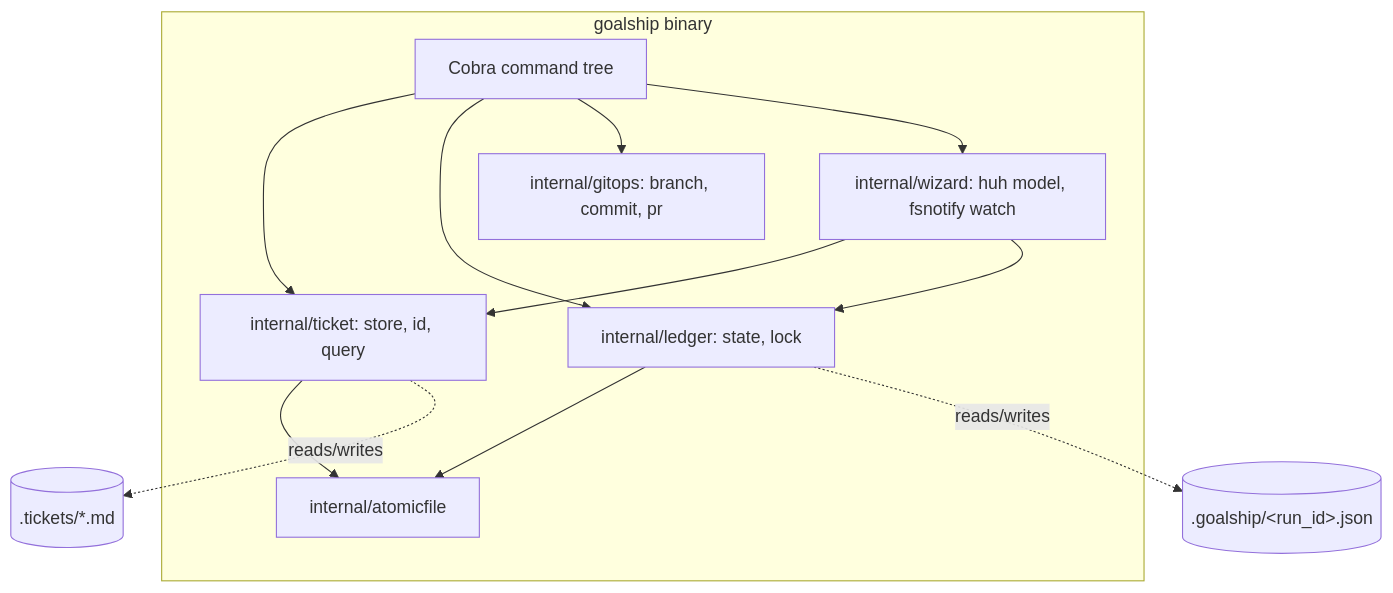
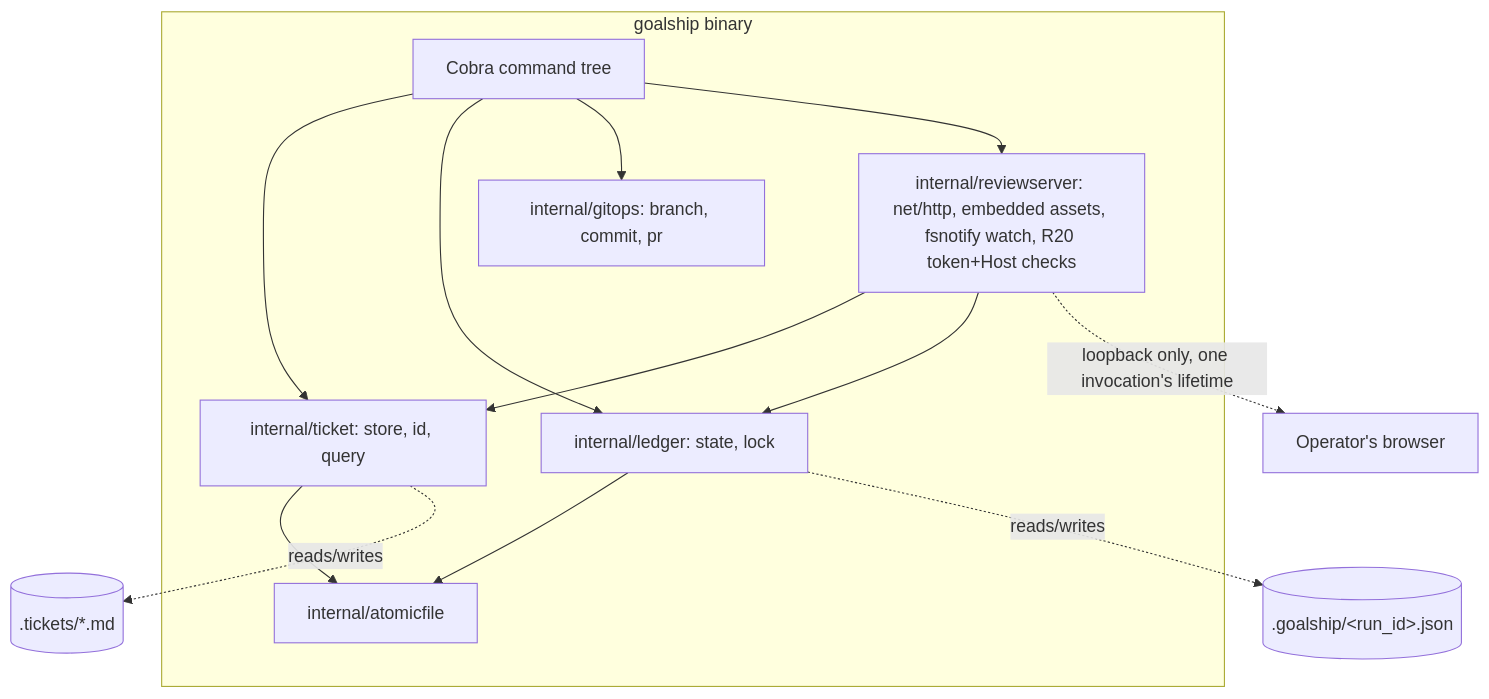
The second of 3 diagrams in docs/plans/2026-08-27-2010-feat-goalship-cli-plan.md (Christophe1997/goalship), drawn with Mermaid before and after one commit. The commit also changed other lines of this file, not shown here.

First line of the commit message:
docs(goalship-plan): switch review checkpoint from TUI to browser page

````diff
--- a/docs/plans/2026-08-27-2010-feat-goalship-cli-plan.md
+++ b/docs/plans/2026-08-27-2010-feat-goalship-cli-plan.md
@@ -170,15 +176,16 @@
 ```mermaid
 flowchart TB
   subgraph goalship binary
     CLI[Cobra command tree] --> Ticket[internal/ticket: store, id, query]
     CLI --> Ledger[internal/ledger: state, lock]
     CLI --> Gitops[internal/gitops: branch, commit, pr]
-    CLI --> Wizard[internal/wizard: huh model, fsnotify watch]
-    Wizard --> Ticket
-    Wizard --> Ledger
+    CLI --> ReviewSrv[internal/reviewserver: net/http, embedded assets, fsnotify watch, R20 token+Host checks]
+    ReviewSrv --> Ticket
+    ReviewSrv --> Ledger
     Ledger --> AtomicFile[internal/atomicfile]
     Ticket --> AtomicFile
   end
+  ReviewSrv -.loopback only, one invocation's lifetime.-> Browser[Operator's browser]
   Ticket -.reads/writes.-> TicketFiles[(.tickets/*.md)]
   Ledger -.reads/writes.-> LedgerFiles[(.goalship/&lt;run_id&gt;.json)]
 ```
````
